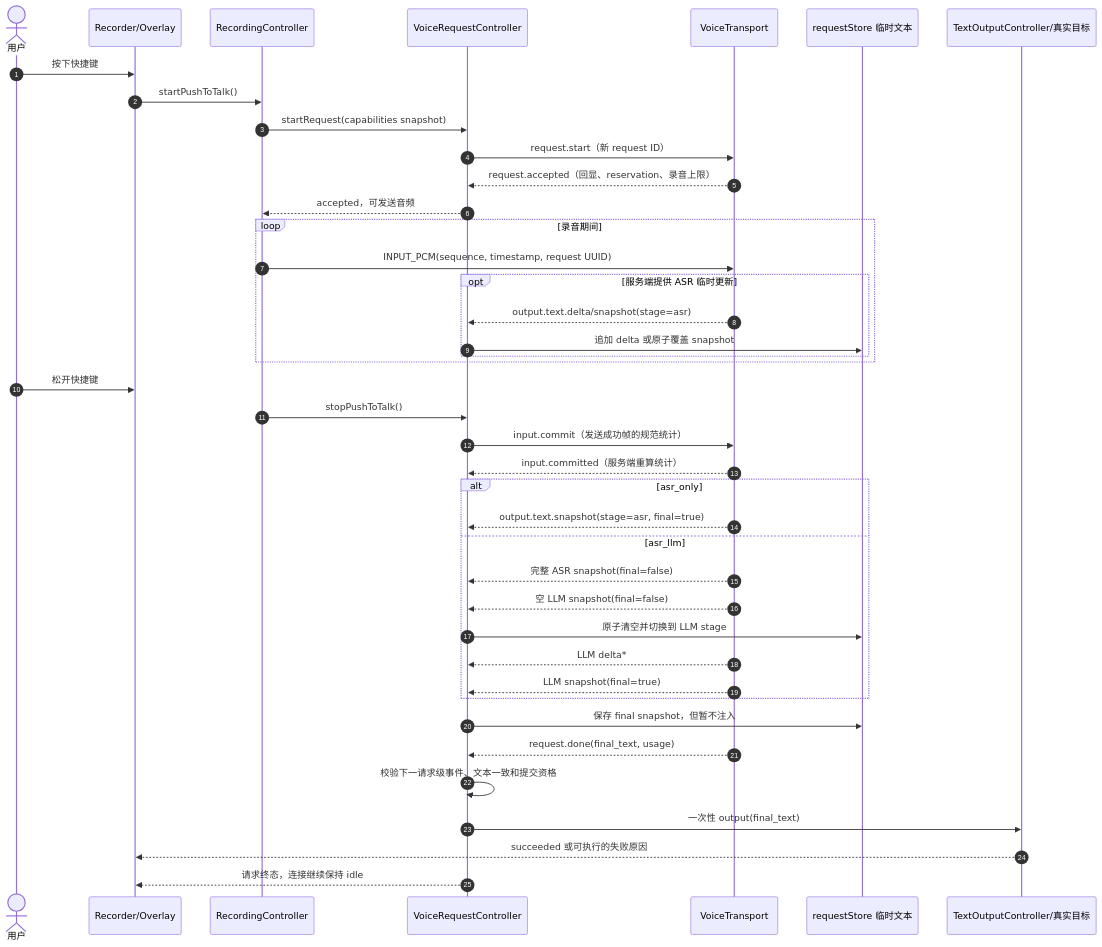
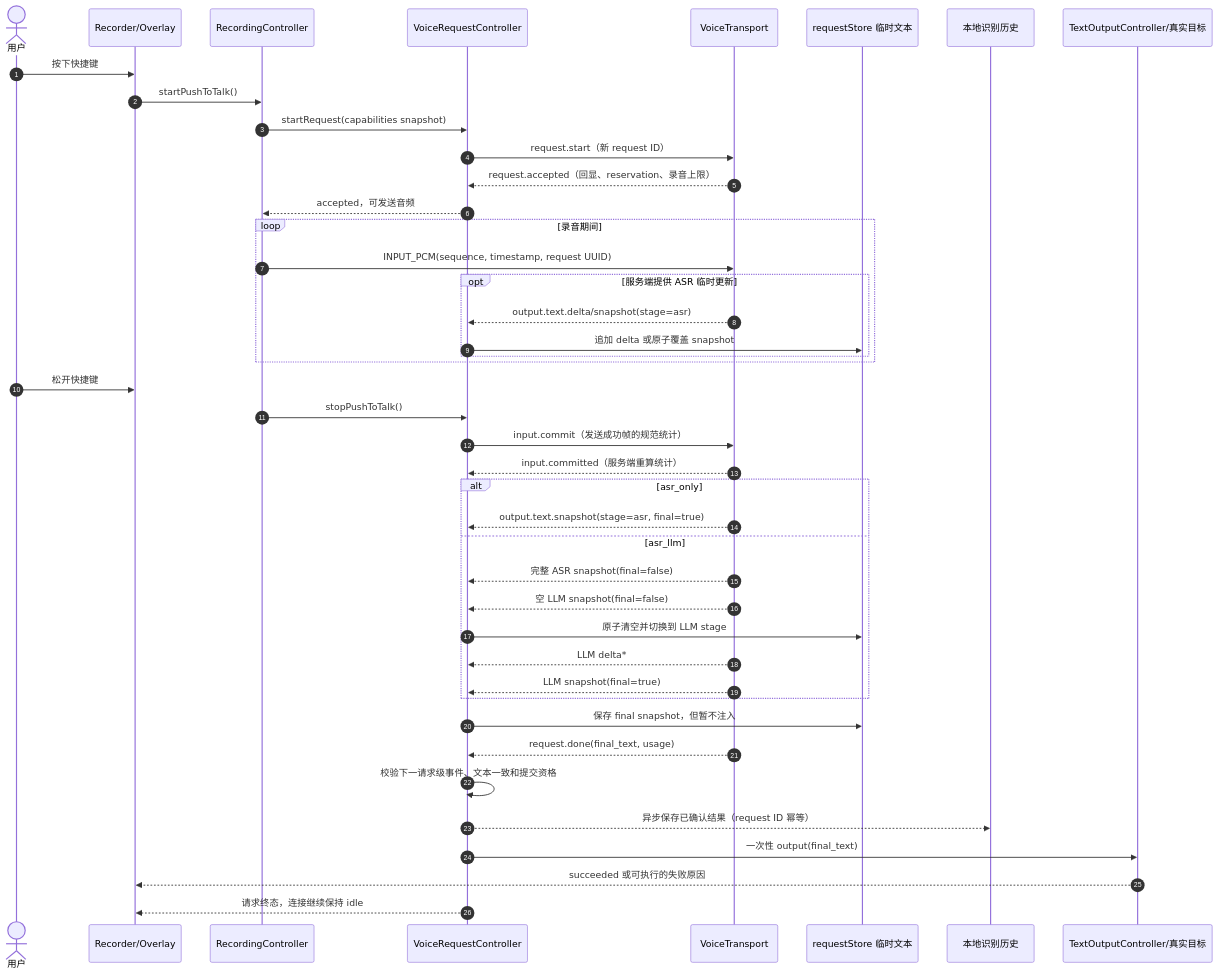
One commit to wyywnab/MindSurf-Voice-AI-Client changed the second of 2 diagrams in docs/PHASE3_IMPLEMENTATION.md. Above: the diagram before and after it, drawn with Mermaid. The commit also changed other lines of this file and 18 other files, not shown here.

````diff
--- a/docs/PHASE3_IMPLEMENTATION.md
+++ b/docs/PHASE3_IMPLEMENTATION.md
@@ -388,44 +420,46 @@
 ```mermaid
 sequenceDiagram
     autonumber
     actor User as 用户
     participant UI as Recorder/Overlay
     participant Recording as RecordingController
     participant Request as VoiceRequestController
     participant WS as VoiceTransport
     participant Temp as requestStore 临时文本
+    participant History as 本地识别历史
     participant Target as TextOutputController/真实目标
 
     User->>UI: 按下快捷键
     UI->>Recording: startPushToTalk()
     Recording->>Request: startRequest(capabilities snapshot)
     Request->>WS: request.start（新 request ID）
     WS-->>Request: request.accepted（回显、reservation、录音上限）
     Request-->>Recording: accepted，可发送音频
     loop 录音期间
         Recording->>WS: INPUT_PCM(sequence, timestamp, request UUID)
         opt 服务端提供 ASR 临时更新
             WS-->>Request: output.text.delta/snapshot(stage=asr)
             Request->>Temp: 追加 delta 或原子覆盖 snapshot
         end
     end
     User->>UI: 松开快捷键
     Recording->>Request: stopPushToTalk()
     Request->>WS: input.commit（发送成功帧的规范统计）
     WS-->>Request: input.committed（服务端重算统计）
     alt asr_only
         WS-->>Request: output.text.snapshot(stage=asr, final=true)
     else asr_llm
         WS-->>Request: 完整 ASR snapshot(final=false)
         WS-->>Request: 空 LLM snapshot(final=false)
         Request->>Temp: 原子清空并切换到 LLM stage
         WS-->>Request: LLM delta*
         WS-->>Request: LLM snapshot(final=true)
     end
     Request->>Temp: 保存 final snapshot，但暂不注入
     WS-->>Request: request.done(final_text, usage)
     Request->>Request: 校验下一请求级事件、文本一致和提交资格
+    Request-->>History: 异步保存已确认结果（request ID 幂等）
     Request->>Target: 一次性 output(final_text)
     Target-->>UI: succeeded 或可执行的失败原因
     Request-->>UI: 请求终态，连接继续保持 idle
 ```
````
